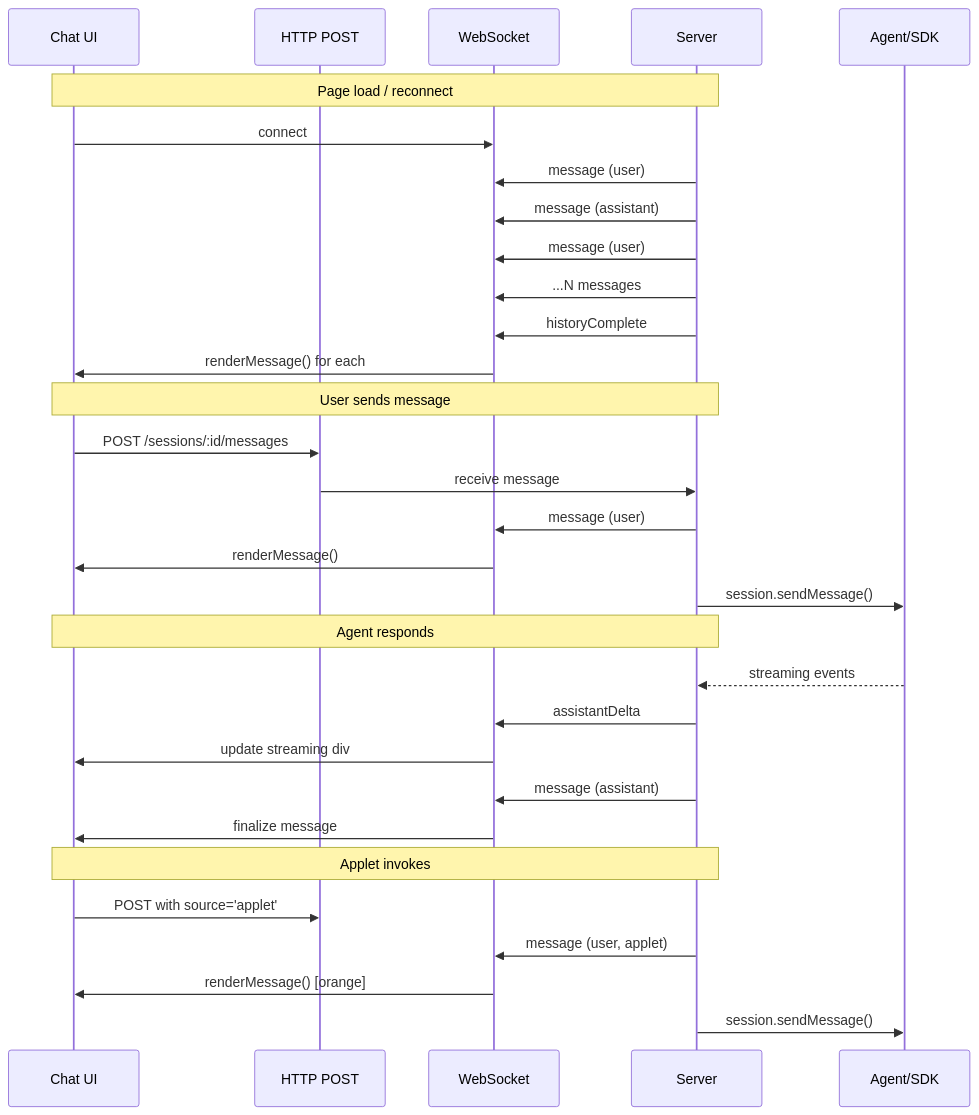
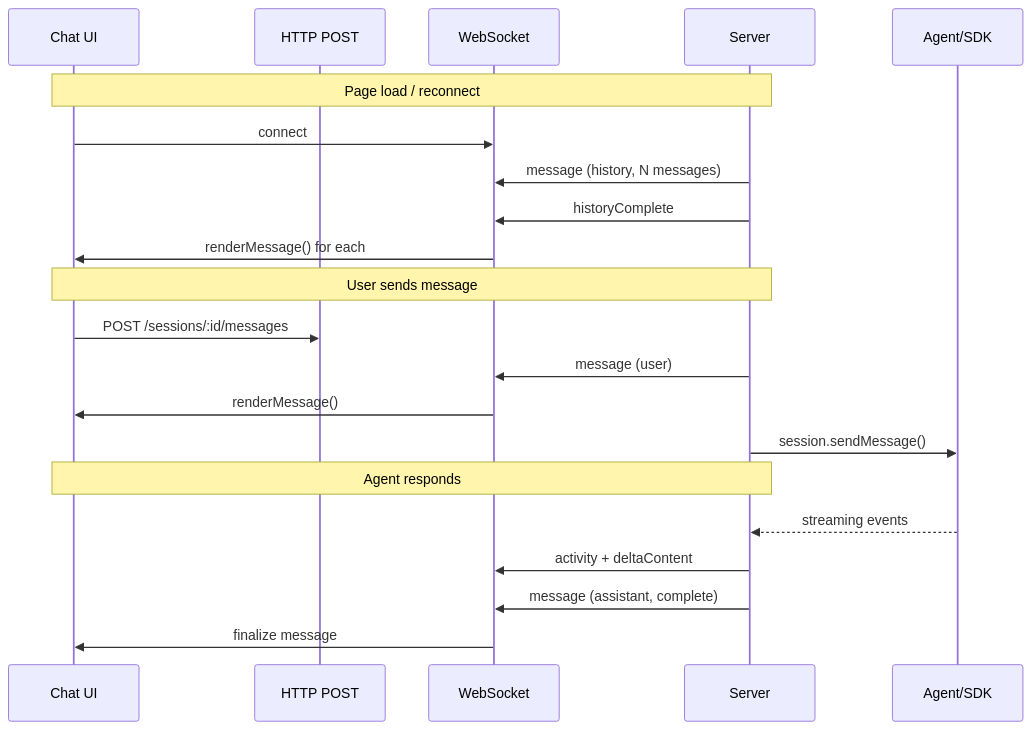
The diagram in doc/websocket.md (icksaur/caco), drawn with Mermaid before and after one commit. The commit also changed other lines of this file and 17 other files, not shown here.

````diff
--- a/doc/websocket.md
+++ b/doc/websocket.md
@@ -293,37 +101,26 @@
 ```mermaid
 sequenceDiagram
     participant C as Chat UI
     participant H as HTTP POST
     participant W as WebSocket
     participant S as Server
     participant A as Agent/SDK
 
     Note over C,S: Page load / reconnect
     C->>W: connect
-    S->>W: message (user)
-    S->>W: message (assistant)
-    S->>W: message (user)
-    S->>W: ...N messages
+    S->>W: message (history, N messages)
     S->>W: historyComplete
     W->>C: renderMessage() for each
 
     Note over C,S: User sends message
     C->>H: POST /sessions/:id/messages
-    H->>S: receive message
     S->>W: message (user)
     W->>C: renderMessage()
     S->>A: session.sendMessage()
 
     Note over C,S: Agent responds
     A-->>S: streaming events
-    S->>W: assistantDelta
-    W->>C: update streaming div
-    S->>W: message (assistant)
+    S->>W: activity + deltaContent
+    S->>W: message (assistant, complete)
     W->>C: finalize message
-
-    Note over C,S: Applet invokes
-    C->>H: POST with source='applet'
-    S->>W: message (user, applet)
-    W->>C: renderMessage() [orange]
-    S->>A: session.sendMessage()
 ```
````
